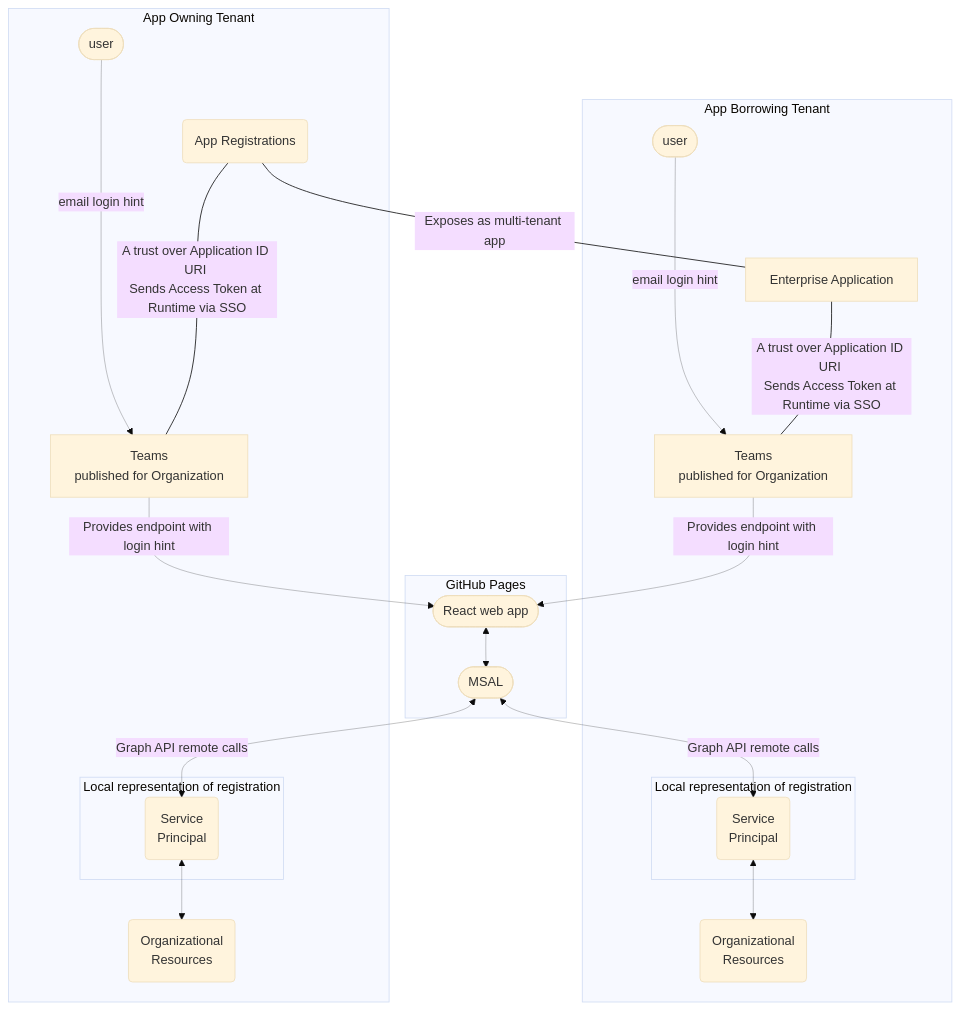
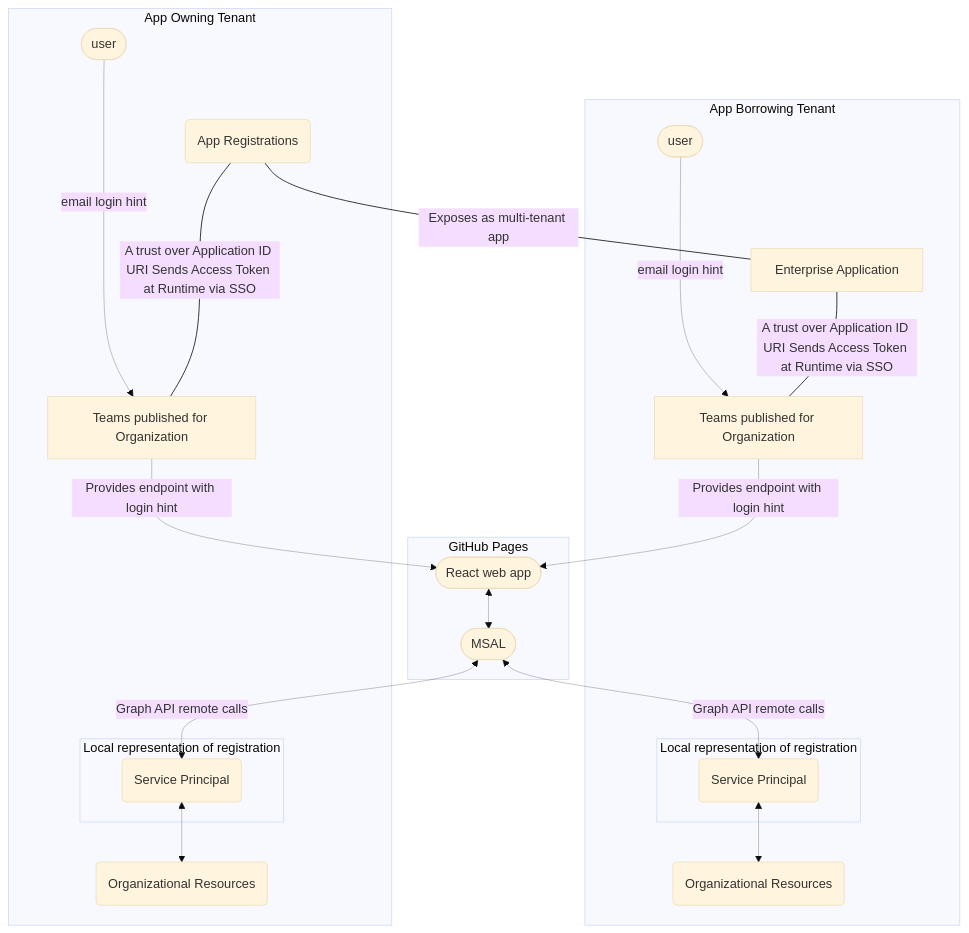
The third of 3 diagrams in README.md (CynicDog/azure-entra-in-spa), drawn with Mermaid (base theme) before and after one commit. The commit also changed other lines of this file, not shown here.

````diff
--- a/README.md
+++ b/README.md
@@ -96,44 +96,44 @@
 ```mermaid
 flowchart TD
     subgraph App Owning Tenant 
         A(App Registrations) 
 
         subgraph Local representation of registration
-            I(Service \nPrincipal)
+            I(Service Principal)
         end 
-        H(Organizational \nResources)
-        B[Teams \npublished for Organization]
+        H(Organizational Resources)
+        B[Teams published for Organization]
         G([user]) ----> |email login hint|B
     end
     
     subgraph GitHub Pages
         C([React web app])
         D([MSAL])
     end 
 
     subgraph App Borrowing Tenant
         L[Enterprise Application]
         
         subgraph Local representation of registration
-            F(Service \nPrincipal)
+            F(Service Principal)
         end 
 
-        J[Teams \npublished for Organization]
+        J[Teams published for Organization]
         K([user]) ---> |email login hint|J
-        E(Organizational \nResources)
+        E(Organizational Resources)
     end 
 
     
-    A --- |A trust over Application ID URI \nSends Access Token at Runtime via SSO|B
+    A --- |A trust over Application ID URI Sends Access Token at Runtime via SSO|B
     B --> |Provides endpoint with login hint|C
     C <--> D
     D <-- Graph API remote calls --> F
     F <--> E
     D <-- Graph API remote calls --> I
     J --> |Provides endpoint with login hint|C
     A --- |Exposes as multi-tenant app|L
-    L --- |A trust over Application ID URI \nSends Access Token at Runtime via SSO|J
+    L --- |A trust over Application ID URI Sends Access Token at Runtime via SSO|J
     I <--> H
 
     linkStyle 0,1,3,4,5,6,7,8,11 stroke-width:.3px;
 ```
````
